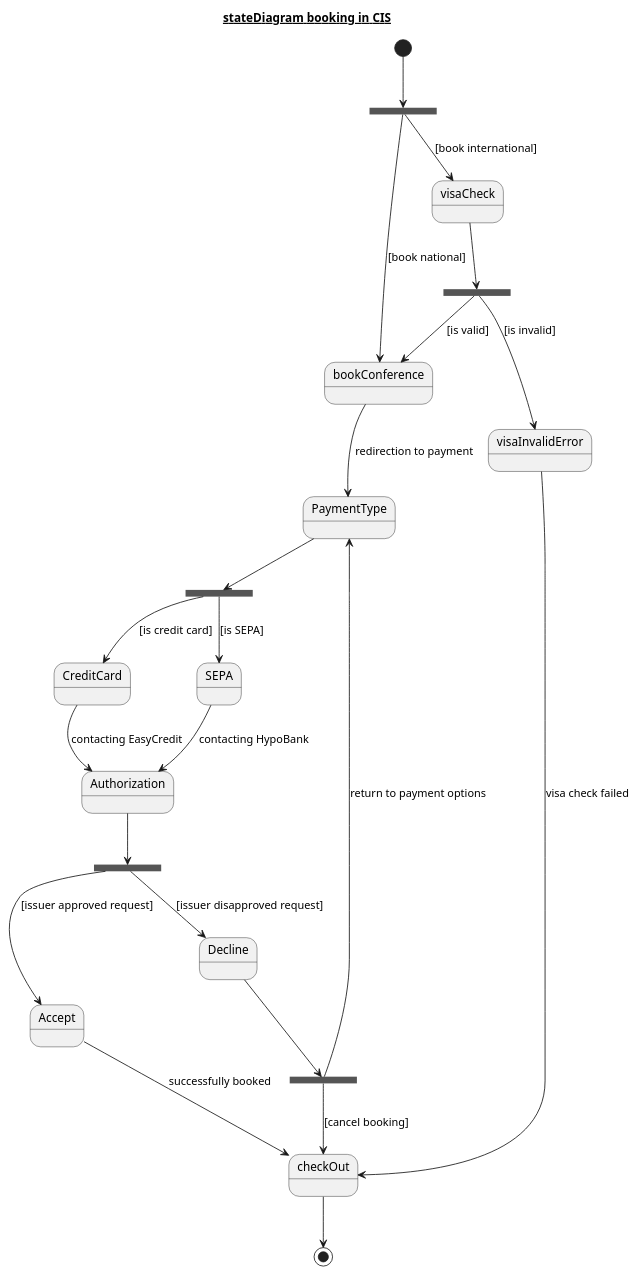
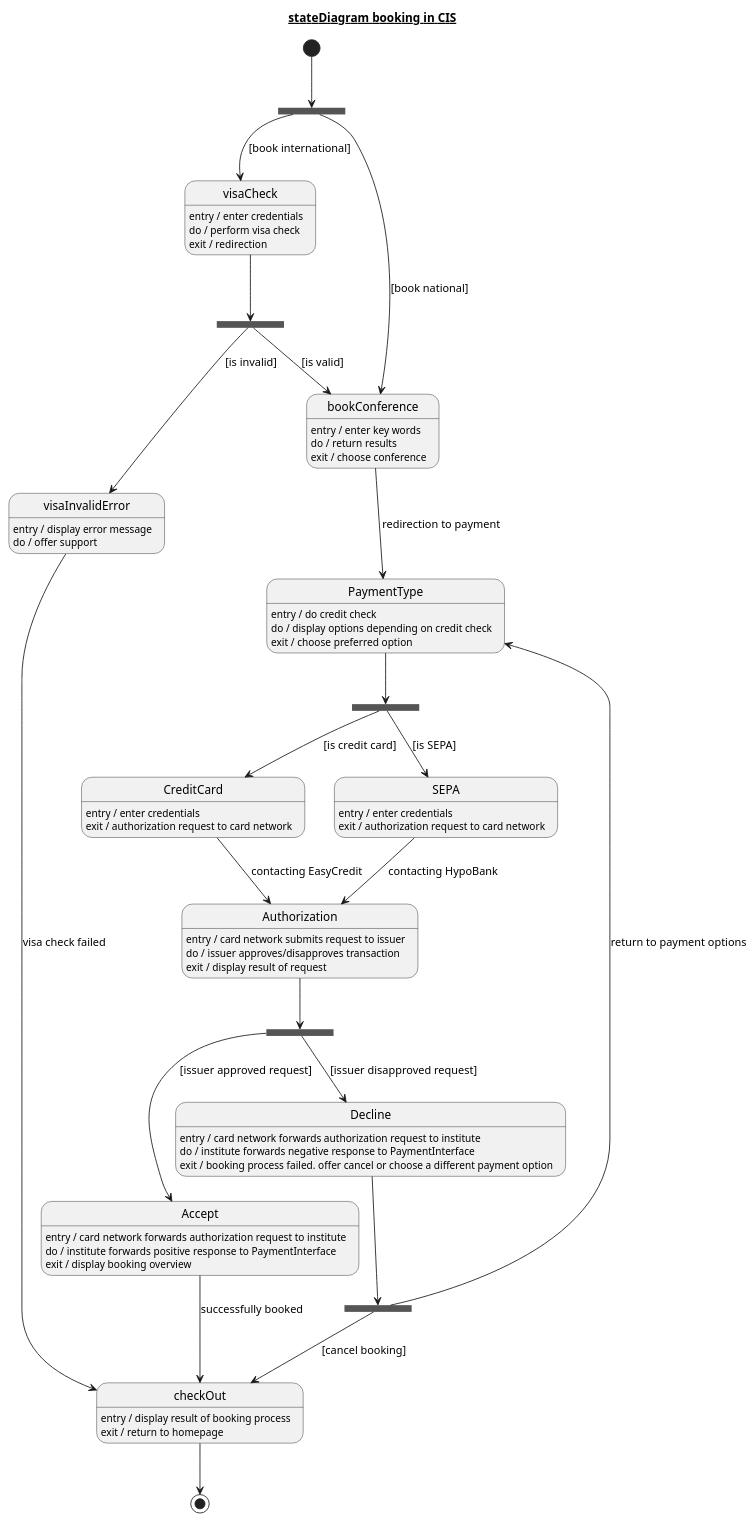
Before and after one commit to 1nbetw33n/Parkhaus: the diagram in src/main/personal_spaces/bella/exercise6/no4/stateDiagram_bookingCIS.puml, drawn with PlantUML.

Commit message:
Added bodies to states in stateDiagram_bookingCIS.puml

```diff
--- a/src/main/personal_spaces/bella/exercise6/no4/stateDiagram_bookingCIS.puml
+++ b/src/main/personal_spaces/bella/exercise6/no4/stateDiagram_bookingCIS.puml
@@ -1,39 +1,76 @@
 @startuml
 
 title __**stateDiagram booking in CIS**__
 state forkBooking <<fork>>
 state forkVisaValidity <<fork>>
 state forkPaymentOptions <<fork>>
 state forkAuthorizationApproval <<fork>>
 state forkDecline <<fork>>
+
+visaCheck : entry / enter credentials
+visaCheck : do / perform visa check
+visaCheck : exit / redirection
+
+visaInvalidError : entry / display error message
+visaInvalidError : do / offer support
+
+bookConference : entry / enter key words
+bookConference : do / return results
+bookConference : exit / choose conference
+
+PaymentType : entry / do credit check
+PaymentType : do / display options depending on credit check
+PaymentType : exit / choose preferred option
+
+SEPA : entry / enter credentials
+SEPA : exit / authorization request to card network
+
+CreditCard : entry / enter credentials
+CreditCard : exit / authorization request to card network
+
+Authorization : entry / card network submits request to issuer
+Authorization : do / issuer approves/disapproves transaction
+Authorization : exit / display result of request
+
+Accept : entry / card network forwards authorization request to institute
+Accept : do / institute forwards positive response to PaymentInterface
+Accept : exit / display booking overview
+
+Decline : entry / card network forwards authorization request to institute
+Decline : do / institute forwards negative response to PaymentInterface
+Decline : exit / booking process failed. offer cancel or choose a different payment option
+
+checkOut : entry / display result of booking process
+checkOut : exit / return to homepage
+
 
 
 [*] --> forkBooking
 
 forkBooking --> bookConference : [book national]
 forkBooking --> visaCheck : [book international]
 
 visaCheck --> forkVisaValidity
 forkVisaValidity --> bookConference : [is valid]
 forkVisaValidity --> visaInvalidError : [is invalid]
 bookConference --> PaymentType : redirection to payment
 
 PaymentType --> forkPaymentOptions
 forkPaymentOptions --> SEPA : [is SEPA]
 forkPaymentOptions --> CreditCard : [is credit card]
 SEPA --> Authorization : contacting HypoBank
 CreditCard --> Authorization : contacting EasyCredit
 
 Authorization --> forkAuthorizationApproval
 forkAuthorizationApproval --> Accept : [issuer approved request]
 forkAuthorizationApproval --> Decline : [issuer disapproved request]
 
 Accept --> checkOut : successfully booked
 Decline --> forkDecline
 forkDecline --> checkOut : [cancel booking]
 forkDecline --> PaymentType : return to payment options
 visaInvalidError --> checkOut : visa check failed
 
 checkOut --> [*]
 
 @enduml
```
